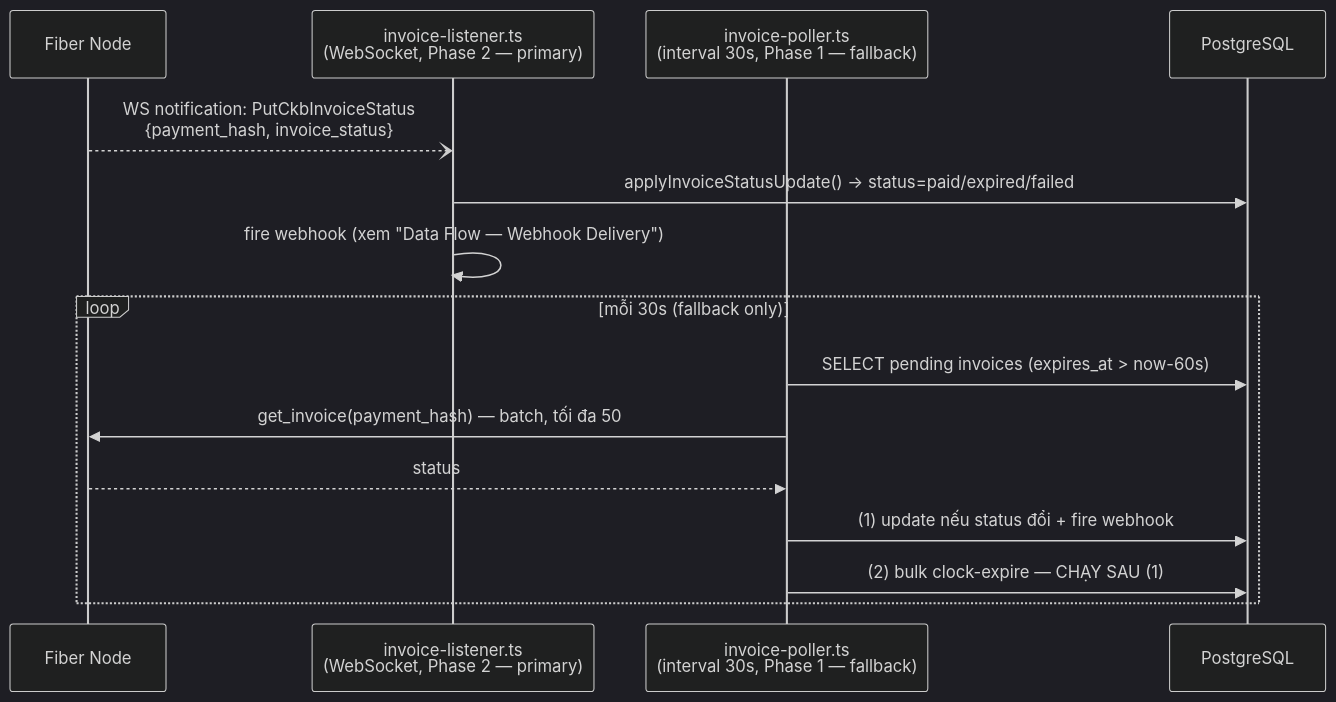
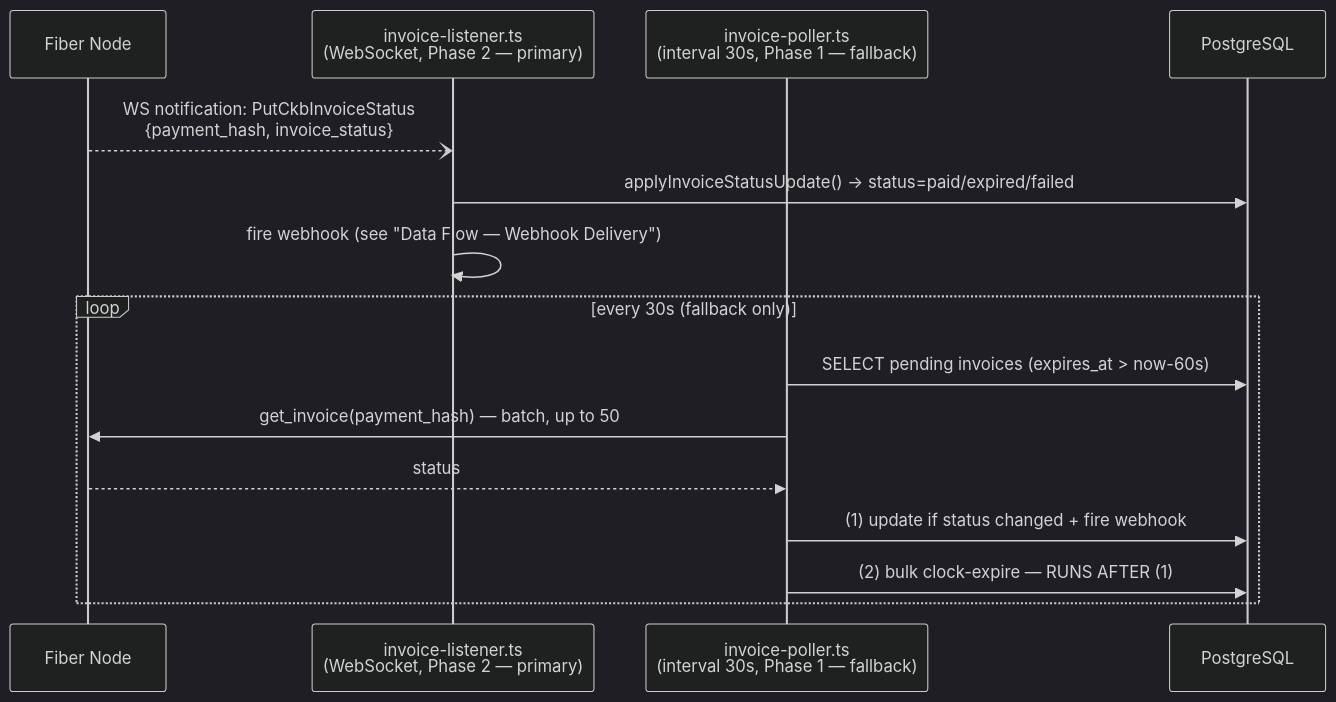
The third of 4 diagrams in .context/architecture/system-design.md (tiennt0212/FiberGate), drawn with Mermaid (dark theme) before and after one commit. The commit also changed other lines of this file and 15 other files, not shown here.

````diff
--- a/.context/architecture/system-design.md
+++ b/.context/architecture/system-design.md
@@ -87,19 +89,19 @@
 ```mermaid
 sequenceDiagram
     participant Node as Fiber Node
     participant Listener as invoice-listener.ts<br/>(WebSocket, Phase 2 — primary)
     participant Poller as invoice-poller.ts<br/>(interval 30s, Phase 1 — fallback)
     participant DB as PostgreSQL
 
     Node--)Listener: WS notification: PutCkbInvoiceStatus<br/>{payment_hash, invoice_status}
     Listener->>DB: applyInvoiceStatusUpdate() → status=paid/expired/failed
-    Listener->>Listener: fire webhook (xem "Data Flow — Webhook Delivery")
+    Listener->>Listener: fire webhook (see "Data Flow — Webhook Delivery")
 
-    loop mỗi 30s (fallback only)
+    loop every 30s (fallback only)
         Poller->>DB: SELECT pending invoices (expires_at > now-60s)
-        Poller->>Node: get_invoice(payment_hash) — batch, tối đa 50
+        Poller->>Node: get_invoice(payment_hash) — batch, up to 50
         Node-->>Poller: status
-        Poller->>DB: (1) update nếu status đổi + fire webhook
-        Poller->>DB: (2) bulk clock-expire — CHẠY SAU (1)
+        Poller->>DB: (1) update if status changed + fire webhook
+        Poller->>DB: (2) bulk clock-expire — RUNS AFTER (1)
     end
 ```
````
